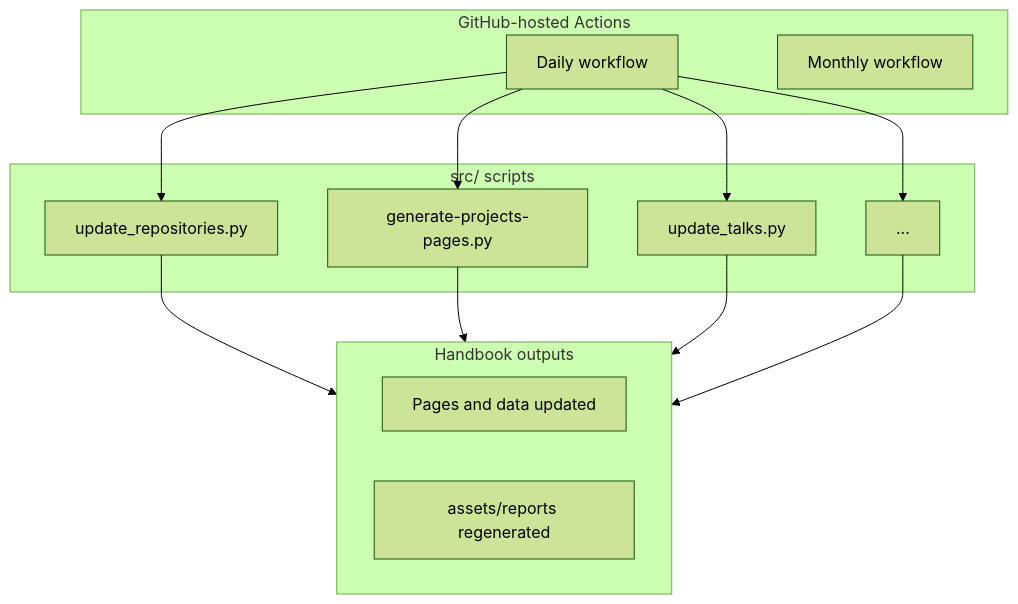
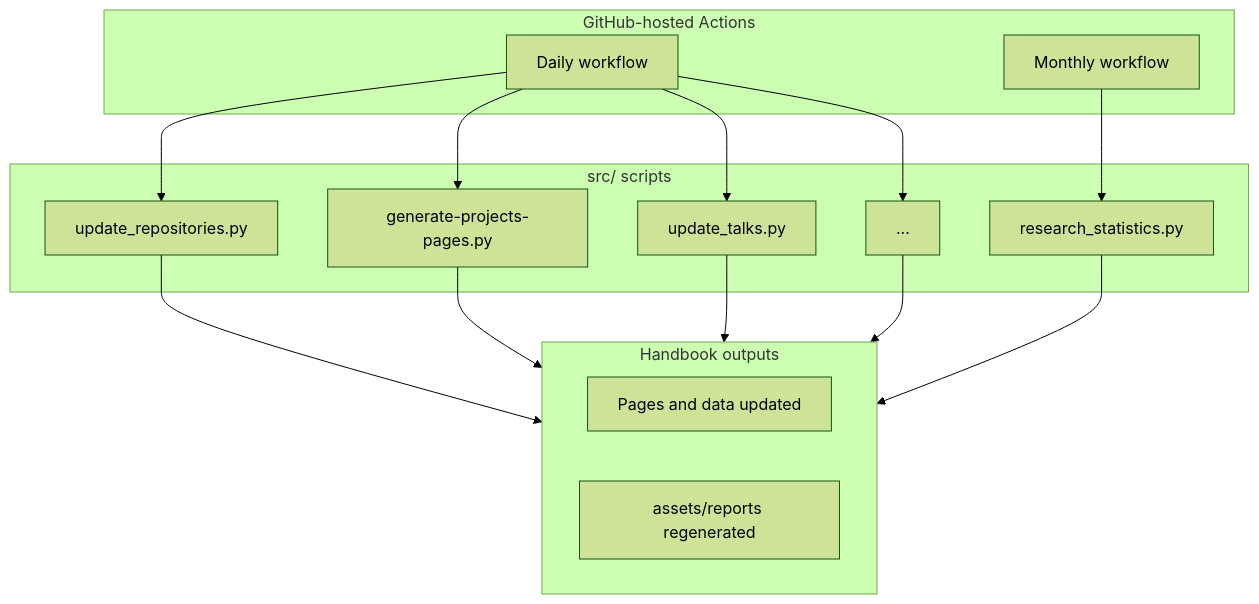
The second of 2 diagrams in management/handbook.qmd (fs-ise/handbook), drawn with Mermaid (forest theme) before and after one commit. The commit also changed other lines of this file and 1 other file, not shown here.

Commit message:
update mermaid build and handbook

````diff
--- a/management/handbook.qmd
+++ b/management/handbook.qmd
@@ -55,25 +72,27 @@
 ```{mermaid}
 flowchart TD
 
   subgraph RUN[GitHub-hosted Actions]
     WR[Daily workflow]
     MR[Monthly workflow]
   end
 
   subgraph SCRIPTS[src/ scripts]
     R1[update_repositories.py]
     R2[generate-projects-pages.py]
     R3[update_talks.py]
     R4[...]
+    R5[research_statistics.py]
   end
 
   subgraph OUT[Handbook outputs]
     O1[Pages and data updated]
     O2[assets/reports regenerated]
   end
 
   WR --> R1 --> OUT
   WR --> R2 --> OUT
   WR --> R3 --> OUT
   WR --> R4 --> OUT
+  MR --> R5 --> OUT
 ```
````
